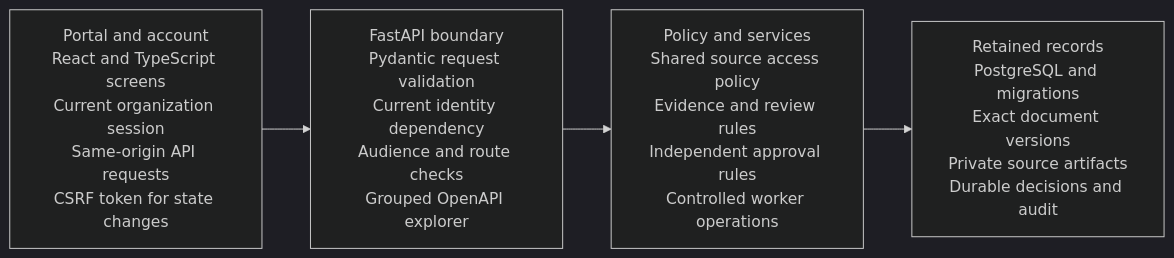
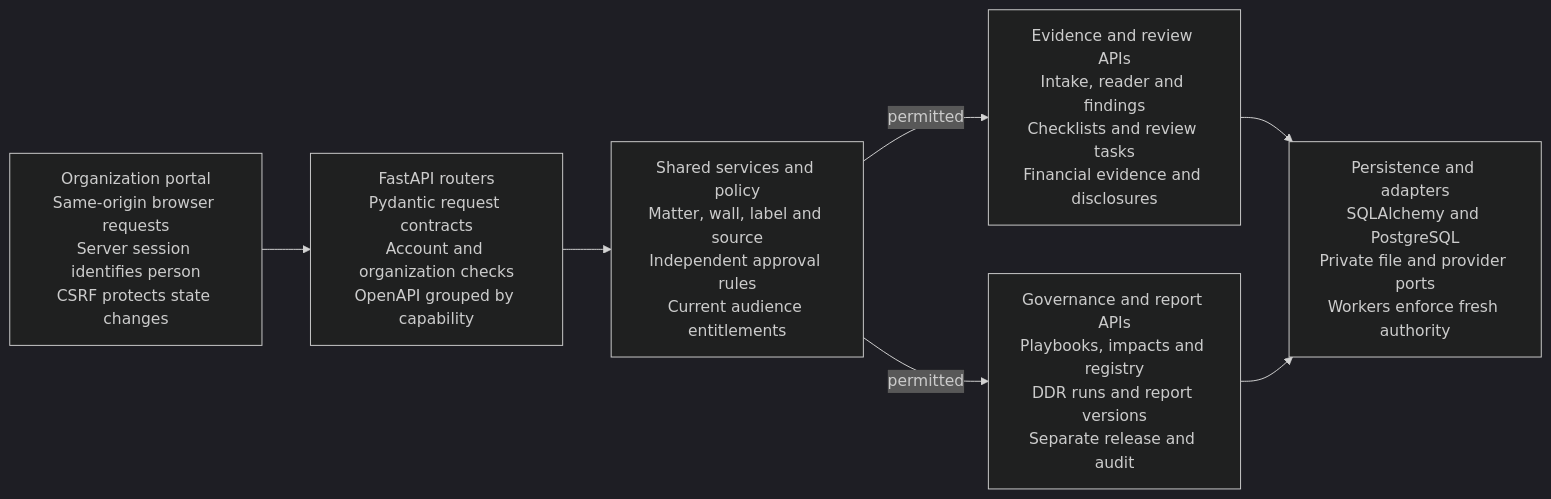
The diagram in backend/kestrel/data/resource_library/API_Architecture.mmd (RamiJaloudi/project-kestrel), drawn with Mermaid (dark theme) before and after one commit. The commit also changed 454 other files, not shown here.

Commit message:
Organize guides and consolidate architecture and data diagrams

```diff
--- a/backend/kestrel/data/resource_library/API_Architecture.mmd
+++ b/backend/kestrel/data/resource_library/API_Architecture.mmd
@@ -1,8 +1,13 @@
 flowchart LR
-  S0["Portal and account<br/>React and TypeScript screens<br/>Current organization session<br/>Same-origin API requests<br/>CSRF token for state changes"]
-  S1["FastAPI boundary<br/>Pydantic request validation<br/>Current identity dependency<br/>Audience and route checks<br/>Grouped OpenAPI explorer"]
-  S0 --> S1
-  S2["Policy and services<br/>Shared source access policy<br/>Evidence and review rules<br/>Independent approval rules<br/>Controlled worker operations"]
-  S1 --> S2
-  S3["Retained records<br/>PostgreSQL and migrations<br/>Exact document versions<br/>Private source artifacts<br/>Durable decisions and audit"]
-  S2 --> S3
+  N1["Organization portal<br/>Same-origin browser requests<br/>Server session identifies person<br/>CSRF protects state changes"]
+  N2["FastAPI routers<br/>Pydantic request contracts<br/>Account and organization checks<br/>OpenAPI grouped by capability"]
+  N3["Shared services and policy<br/>Matter, wall, label and source<br/>Independent approval rules<br/>Current audience entitlements"]
+  N4["Evidence and review APIs<br/>Intake, reader and findings<br/>Checklists and review tasks<br/>Financial evidence and disclosures"]
+  N5["Governance and report APIs<br/>Playbooks, impacts and registry<br/>DDR runs and report versions<br/>Separate release and audit"]
+  N6["Persistence and adapters<br/>SQLAlchemy and PostgreSQL<br/>Private file and provider ports<br/>Workers enforce fresh authority"]
+  N1 --> N2
+  N2 --> N3
+  N3 -->|"permitted"| N4
+  N3 -->|"permitted"| N5
+  N4 --> N6
+  N5 --> N6
```
